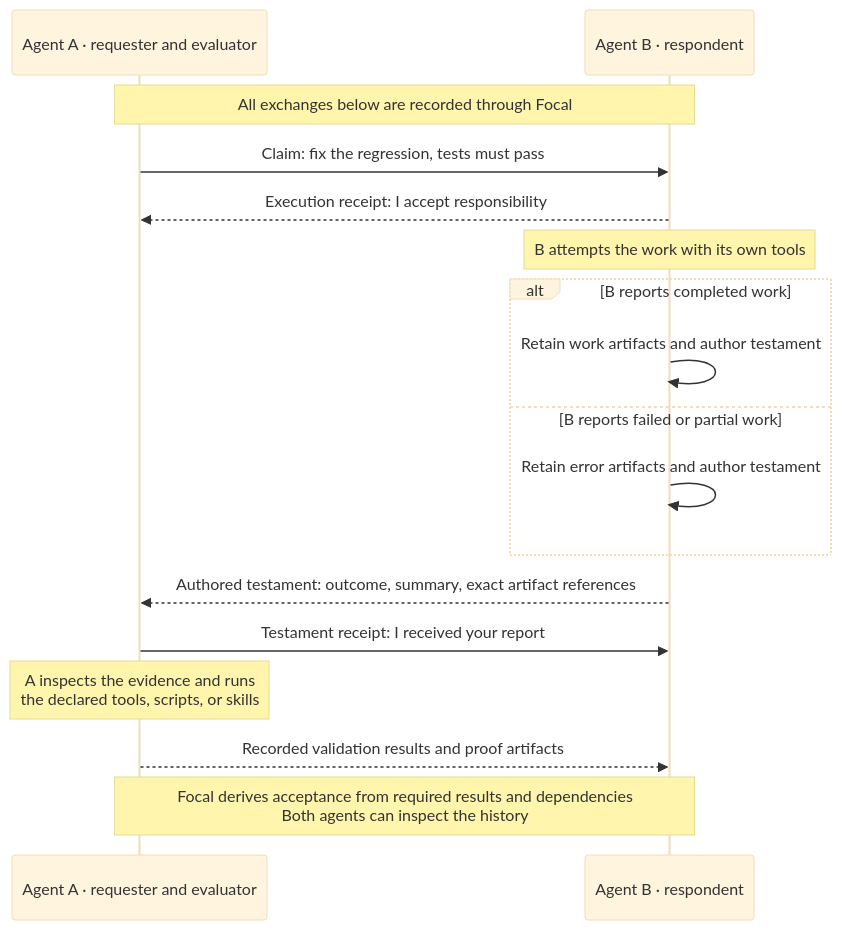
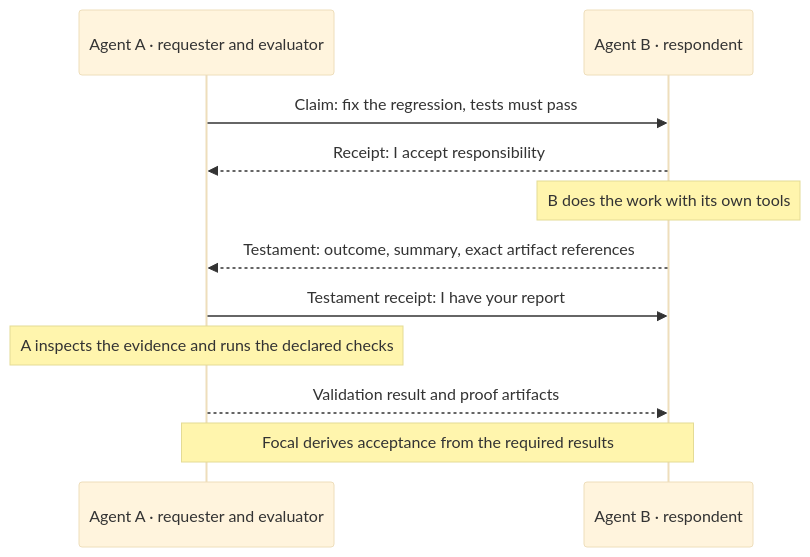
The diagram in README.md (hyper-light/focal), drawn with Mermaid (base theme) before and after one commit. The commit also changed other lines of this file, not shown here.

````diff
--- a/README.md
+++ b/README.md
@@ -282,19 +162,13 @@
 ```mermaid
 sequenceDiagram
     participant A as Agent A · requester and evaluator
     participant B as Agent B · respondent
-    Note over A,B: All exchanges below are recorded through Focal
     A->>B: Claim: fix the regression, tests must pass
-    B-->>A: Execution receipt: I accept responsibility
-    Note over B: B attempts the work with its own tools
-    alt B reports completed work
-        B->>B: Retain work artifacts and author testament
-    else B reports failed or partial work
-        B->>B: Retain error artifacts and author testament
-    end
-    B-->>A: Authored testament: outcome, summary, exact artifact references
-    A->>B: Testament receipt: I received your report
-    Note over A: A inspects the evidence and runs<br/>the declared tools, scripts, or skills
-    A-->>B: Recorded validation results and proof artifacts
-    Note over A,B: Focal derives acceptance from required results and dependencies<br/>Both agents can inspect the history
+    B-->>A: Receipt: I accept responsibility
+    Note over B: B does the work with its own tools
+    B-->>A: Testament: outcome, summary, exact artifact references
+    A->>B: Testament receipt: I have your report
+    Note over A: A inspects the evidence and runs the declared checks
+    A-->>B: Validation result and proof artifacts
+    Note over A,B: Focal derives acceptance from the required results
 ```
````
